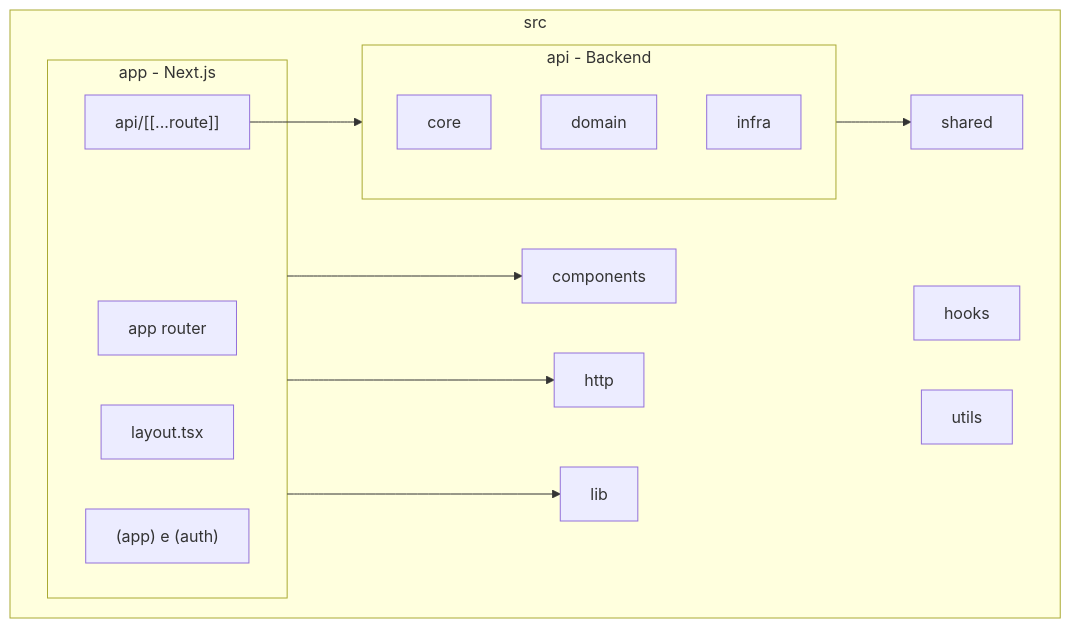
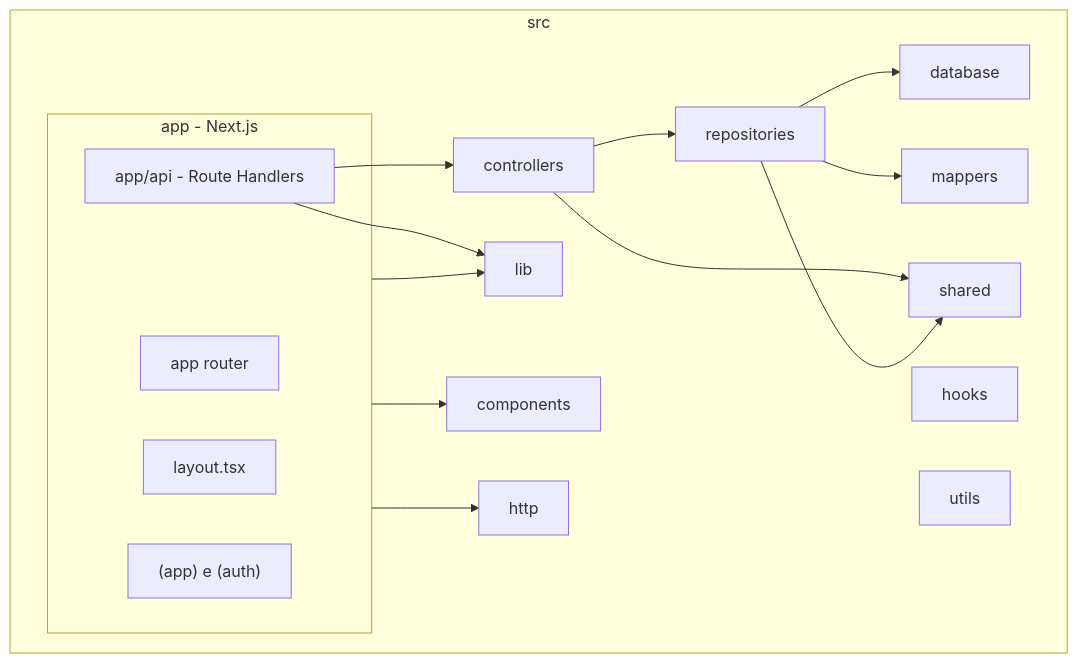
One commit to pedroaba/financial changed the first of 4 diagrams in README.md. Above: the diagram before and after it, drawn with Mermaid. The commit also changed other lines of this file, not shown here.

````diff
--- a/README.md
+++ b/README.md
@@ -11,27 +11,31 @@
 ```mermaid
 flowchart TB
   subgraph src [src]
     subgraph app [app - Next.js]
       appRouter[app router]
       appLayout[layout.tsx]
       appGroups["(app) e (auth)"]
-      appApi["api/[[...route]]"]
+      appApiRoutes[app/api - Route Handlers]
     end
-    subgraph api [api - Backend]
-      core[core]
-      domain[domain]
-      infra[infra]
-    end
+    controllers[controllers]
+    repositories[repositories]
+    database[database]
+    mappers[mappers]
     components[components]
     httpClient[http]
     lib[lib]
     shared[shared]
     hooks[hooks]
     utils[utils]
   end
   app --> components
   app --> httpClient
   app --> lib
-  appApi --> api
-  api --> shared
+  appApiRoutes --> controllers
+  appApiRoutes --> lib
+  controllers --> repositories
+  repositories --> database
+  repositories --> mappers
+  controllers --> shared
+  repositories --> shared
 ```
````
